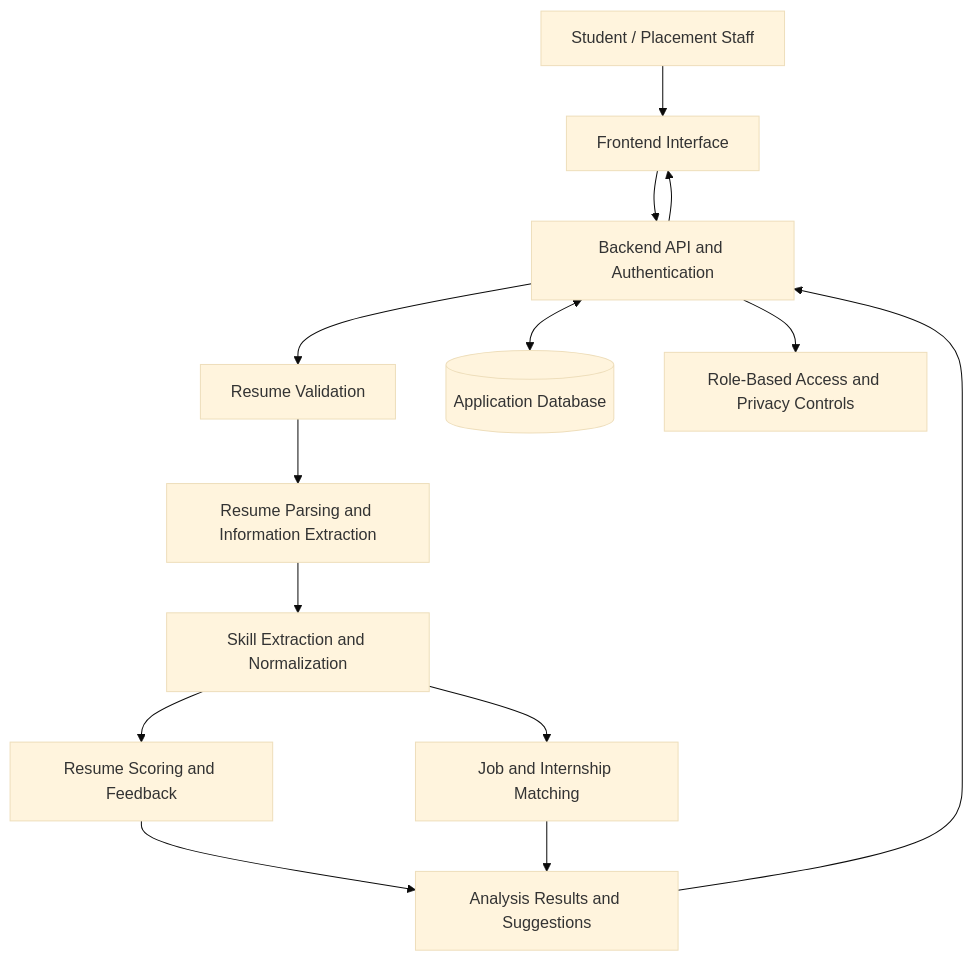
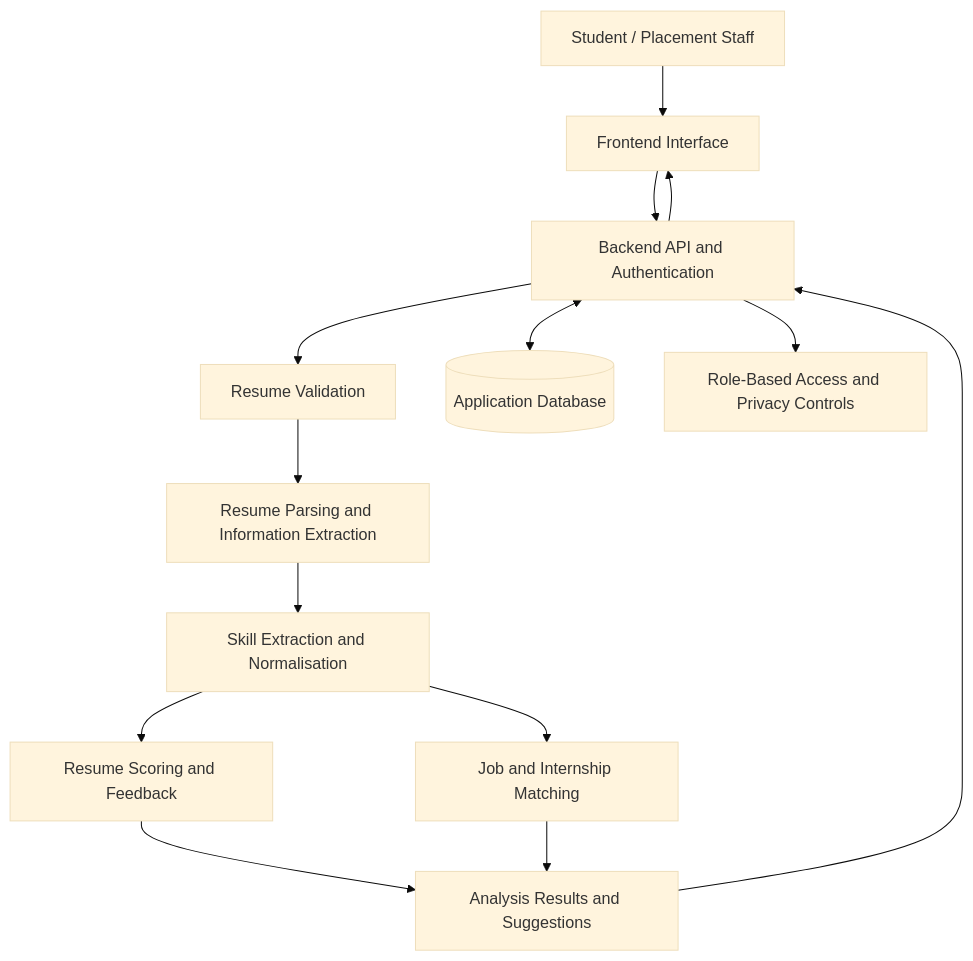
Before and after one commit to Tanvii13/Resume-Analyzer-for-College-Placements: the second of 2 diagrams in README.md, drawn with Mermaid (base theme). The commit also changed other lines of this file, not shown here.

````diff
--- a/README.md
+++ b/README.md
@@ -146,16 +87,16 @@
 ```mermaid
 flowchart TB
     U[Student / Placement Staff] --> UI[Frontend Interface]
     UI --> API[Backend API and Authentication]
     API --> V[Resume Validation]
     V --> P[Resume Parsing and Information Extraction]
-    P --> S[Skill Extraction and Normalization]
+    P --> S[Skill Extraction and Normalisation]
     S --> A[Resume Scoring and Feedback]
     S --> M[Job and Internship Matching]
     A --> R[Analysis Results and Suggestions]
     M --> R
     R --> API
     API --> UI
     API <--> DB[(Application Database)]
     API --> SEC[Role-Based Access and Privacy Controls]
 ```
````
